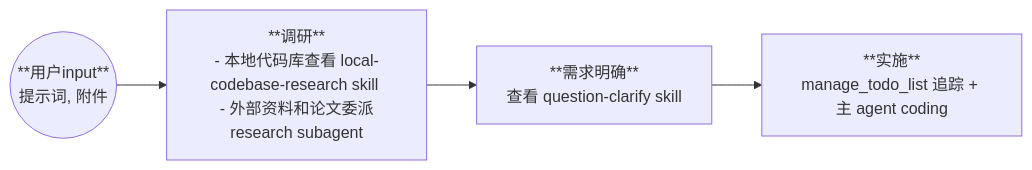
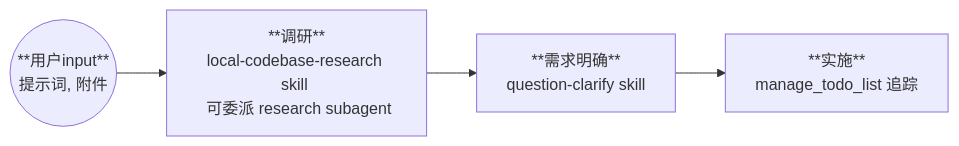
One commit to riemac/vibe changed the diagram in workflows/engineering.md. Above: the diagram before and after it, drawn with Mermaid. The commit also changed other lines of this file and 17 other files, not shown here.

````diff
--- a/workflows/engineering.md
+++ b/workflows/engineering.md
@@ -9,6 +9,6 @@
 ```mermaid
 graph LR
-    A((**用户input**<br>提示词, 附件)) --> B[**调研**<br>- 本地代码库查看 local-codebase-research skill <br> - 外部资料和论文委派 research subagent]
-    B --> C[**需求明确**<br>查看 question-clarify skill]
-    C --> D[**实施**<br>manage_todo_list 追踪 + 主 agent coding]
+    A((**用户input**<br>提示词, 附件)) --> B[**调研**<br>local-codebase-research skill <br> 可委派 research subagent]
+    B --> C[**需求明确**<br>question-clarify skill]
+    C --> D[**实施**<br>manage_todo_list 追踪]
 ```
````
